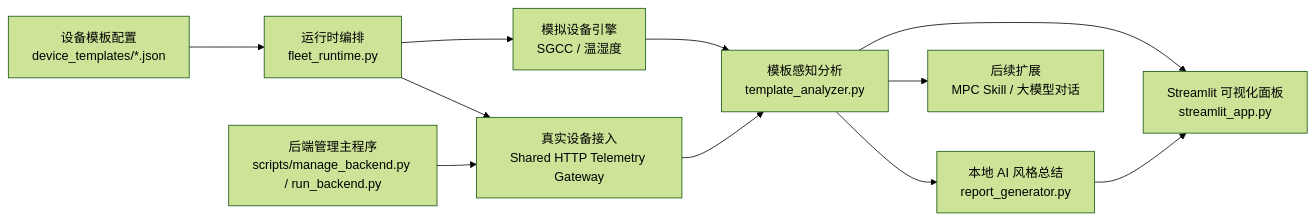
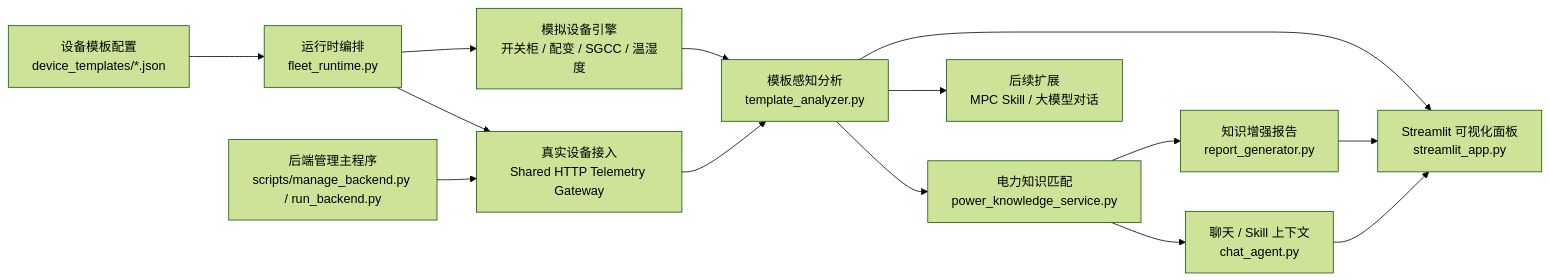
The diagram in README.md (Spphire/DeviceSentinel-AI), drawn with Mermaid (forest theme) before and after one commit. The commit also changed other lines of this file and 24 other files, not shown here.

Commit message:
Add power knowledge grounding for grid scenarios

````diff
--- a/README.md
+++ b/README.md
@@ -52,13 +54,16 @@
 ```mermaid
 flowchart LR
     A["设备模板配置<br/>device_templates/*.json"] --> B["运行时编排<br/>fleet_runtime.py"]
-    B --> C["模拟设备引擎<br/>SGCC / 温湿度"]
+    B --> C["模拟设备引擎<br/>开关柜 / 配变 / SGCC / 温湿度"]
     B --> D["真实设备接入<br/>Shared HTTP Telemetry Gateway"]
     C --> E["模板感知分析<br/>template_analyzer.py"]
     D --> E
-    E --> F["本地 AI 风格总结<br/>report_generator.py"]
+    E --> K["电力知识匹配<br/>power_knowledge_service.py"]
+    K --> F["知识增强报告<br/>report_generator.py"]
+    K --> H["聊天 / Skill 上下文<br/>chat_agent.py"]
     E --> G["Streamlit 可视化面板<br/>streamlit_app.py"]
     F --> G
     I["后端管理主程序<br/>scripts/manage_backend.py / run_backend.py"] --> D
-    E --> H["后续扩展<br/>MPC Skill / 大模型对话"]
+    H --> G
+    E --> J["后续扩展<br/>MPC Skill / 大模型对话"]
 ```
````
